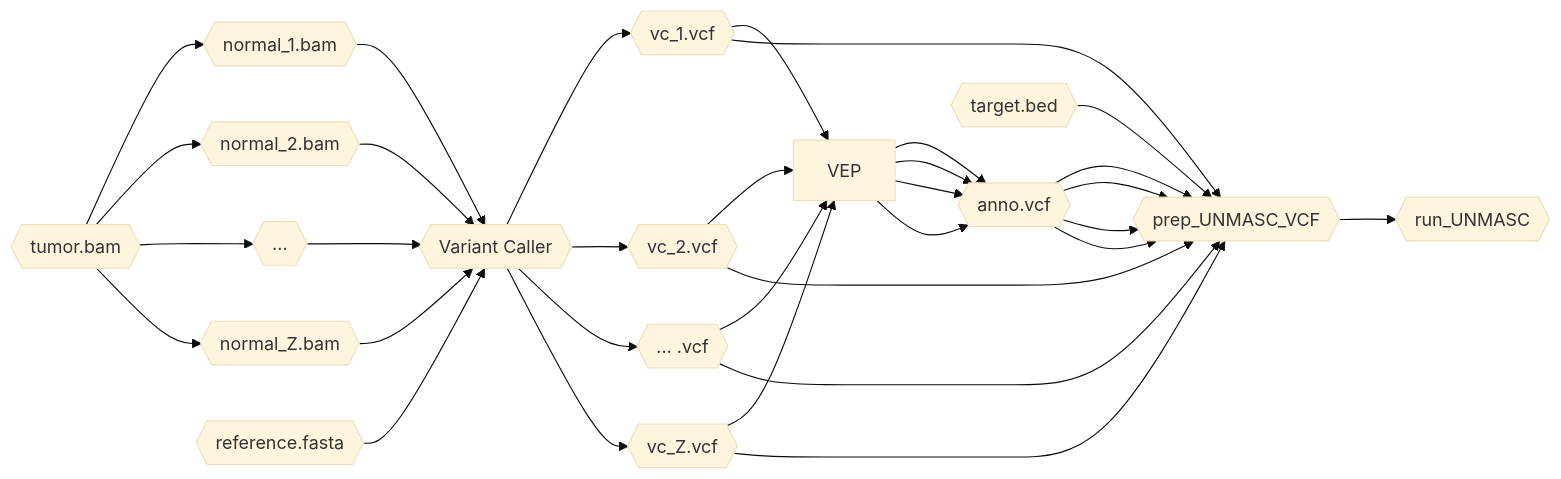
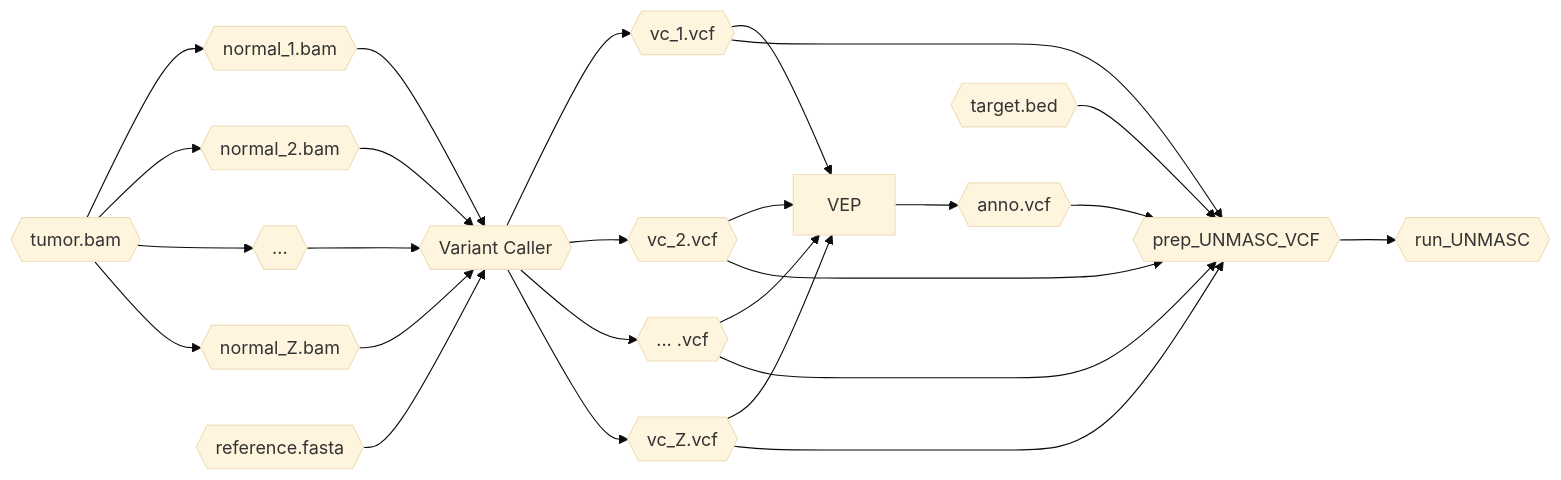
The diagram in workflow/inputs.md (pllittle/UNMASC), drawn with Mermaid (base theme) before and after one commit.

````diff
--- a/workflow/inputs.md
+++ b/workflow/inputs.md
@@ -14,18 +14,10 @@
 ```mermaid
 flowchart LR;
-	tbam{{tumor.bam}} --> nbam1{{normal_1.bam}} --> caller{{Variant Caller}} --> vcf1{{vc_1.vcf}}
-	tbam{{tumor.bam}} --> nbam2{{normal_2.bam}} --> caller{{Variant Caller}} --> vcf2{{vc_2.vcf}}
-	tbam{{tumor.bam}} --> dots{{...}} --> caller{{Variant Caller}} --> dotsv{{... .vcf}}
-	tbam{{tumor.bam}} --> nbamZ{{normal_Z.bam}} --> caller{{Variant Caller}} --> vcfZ{{vc_Z.vcf}}
-	fasta{{reference.fasta}} --> caller{{Variant Caller}}
-	vcf1{{vc_1.vcf}} --> VEP --> anno{{anno.vcf}}
-	vcf2{{vc_2.vcf}} --> VEP --> anno{{anno.vcf}}
-	dotsv{{... .vcf}} --> VEP --> anno{{anno.vcf}}
-	vcfZ{{vc_Z.vcf}} --> VEP --> anno{{anno.vcf}}
-	vcf1{{vc_1.vcf}} & anno{{anno.vcf}} --> prepU{{prep_UNMASC_VCF}}
-	vcf2{{vc_2.vcf}} & anno{{anno.vcf}} --> prepU{{prep_UNMASC_VCF}}
-	dotsv{{... .vcf}} & anno{{anno.vcf}} --> prepU{{prep_UNMASC_VCF}}
-	vcfZ{{vc_Z.vcf}} & anno{{anno.vcf}} --> prepU{{prep_UNMASC_VCF}}
-	targ{{target.bed}} --> prepU{{prep_UNMASC_VCF}}
-	prepU{{prep_UNMASC_VCF}} --> UNMASC{{run_UNMASC}}
+	tbam{{tumor.bam}} --> nbam1{{normal_1.bam}} & nbam2{{normal_2.bam}} & dots{{...}} & nbamZ{{normal_Z.bam}} --> caller{{Variant Caller}}
+	caller --> vcf1{{vc_1.vcf}} & vcf2{{vc_2.vcf}} & dotsv{{... .vcf}} & vcfZ{{vc_Z.vcf}}
+	fasta{{reference.fasta}} --> caller
+	vcf1 & vcf2 & dotsv & vcfZ --> VEP --> anno{{anno.vcf}}
+	vcf1 & vcf2 & dotsv & vcfZ & anno --> prepU{{prep_UNMASC_VCF}}
+	targ{{target.bed}} --> prepU
+	prepU --> UNMASC{{run_UNMASC}}
 ```
````
